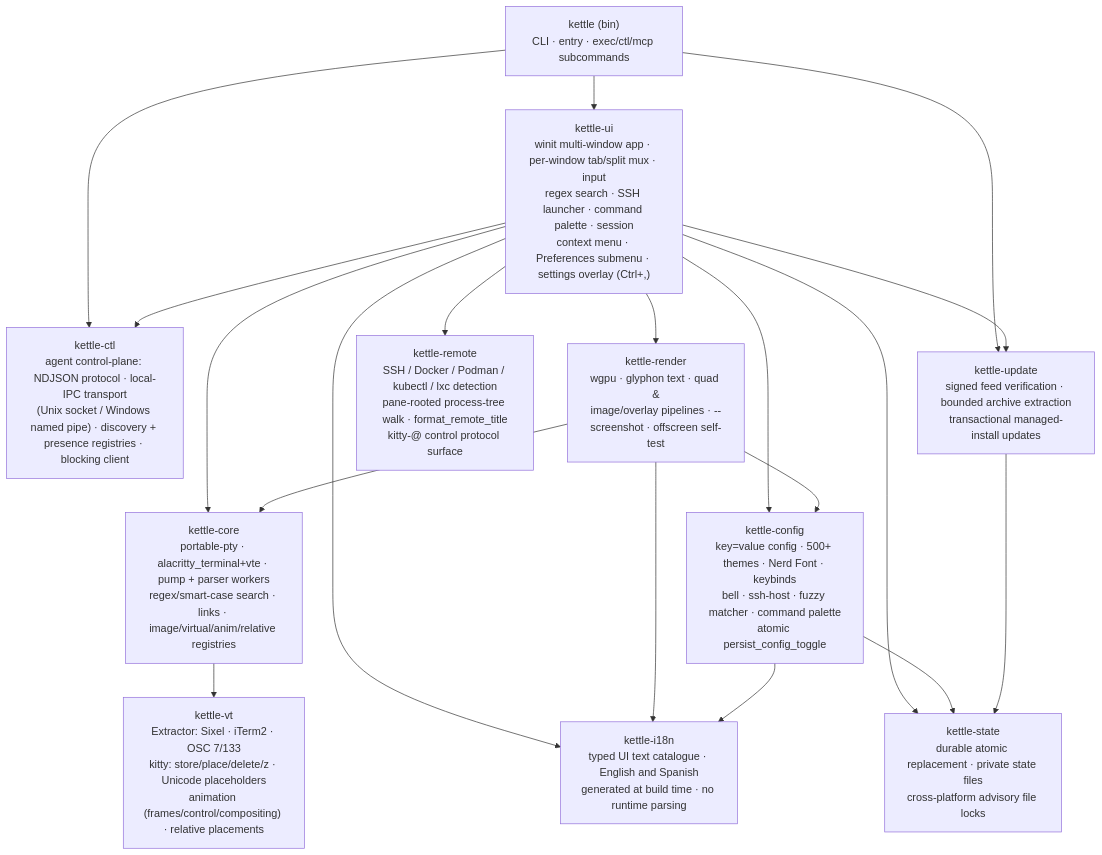
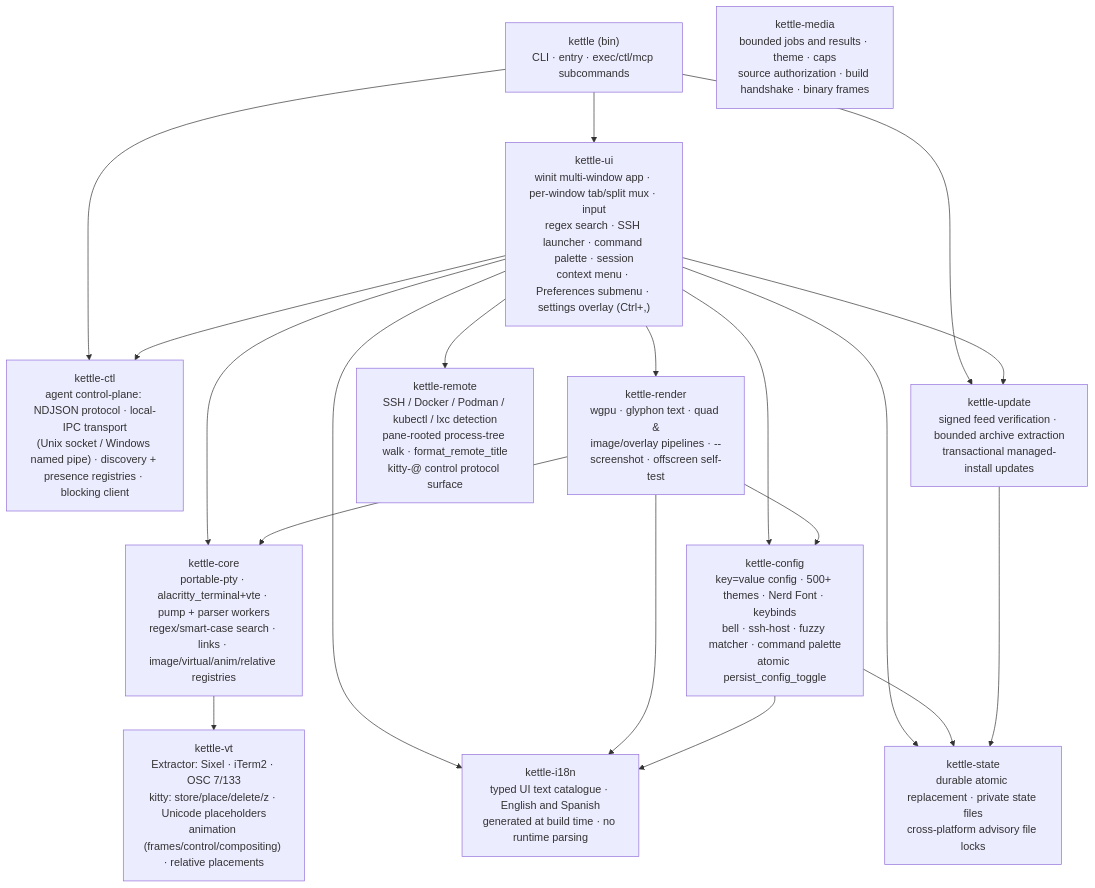
Before and after one commit to Reddimus/kettle: the first of 11 diagrams in docs/ARCHITECTURE.md, drawn with Mermaid. The commit also changed other lines of this file and 25 other files, not shown here.

First line of the commit message:
kettle-media: define bounded media jobs and frames (#463)

````diff
--- a/docs/ARCHITECTURE.md
+++ b/docs/ARCHITECTURE.md
@@ -10,26 +10,27 @@
 ```mermaid
 graph TD
     bin["kettle (bin)<br/>CLI · entry · exec/ctl/mcp subcommands"] --> ui
     bin --> ctl
     bin --> update
     ui["kettle-ui<br/>winit multi-window app · per-window tab/split mux · input<br/>regex search · SSH launcher · command palette · session<br/>context menu · Preferences submenu · settings overlay (Ctrl+,)"] --> render
     ui --> core
     ui --> cfg
     ui --> remote
     ui --> ctl
     ui --> state
     ui --> update
     ui --> i18n
     i18n["kettle-i18n<br/>typed UI text catalogue · English and Spanish<br/>generated at build time · no runtime parsing"]
     ctl["kettle-ctl<br/>agent control-plane: NDJSON protocol · local-IPC transport<br/>(Unix socket / Windows named pipe) · discovery + presence registries · blocking client"]
     render["kettle-render<br/>wgpu · glyphon text · quad &<br/>image/overlay pipelines · --screenshot · offscreen self-test"] --> core
     render --> cfg
     render --> i18n
     core["kettle-core<br/>portable-pty · alacritty_terminal+vte · pump + parser workers<br/>regex/smart-case search · links · image/virtual/anim/relative registries"] --> vt
     cfg --> i18n
     cfg["kettle-config<br/>key=value config · 500+ themes · Nerd Font · keybinds<br/>bell · ssh-host · fuzzy matcher · command palette<br/>atomic persist_config_toggle"] --> state
     vt["kettle-vt<br/>Extractor: Sixel · iTerm2 · OSC 7/133<br/>kitty: store/place/delete/z · Unicode placeholders<br/>animation (frames/control/compositing) · relative placements"]
     remote["kettle-remote<br/>SSH / Docker / Podman / kubectl / lxc detection<br/>pane-rooted process-tree walk · format_remote_title<br/>kitty-@ control protocol surface"]
     update["kettle-update<br/>signed feed verification · bounded archive extraction<br/>transactional managed-install updates"] --> state
     state["kettle-state<br/>durable atomic replacement · private state files<br/>cross-platform advisory file locks"]
+    media["kettle-media<br/>bounded jobs and results · theme · caps<br/>source authorization · build handshake · binary frames"]
 ```
````
